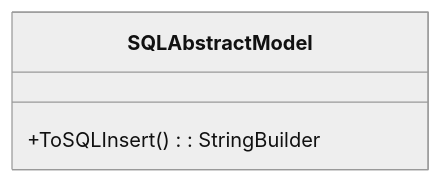
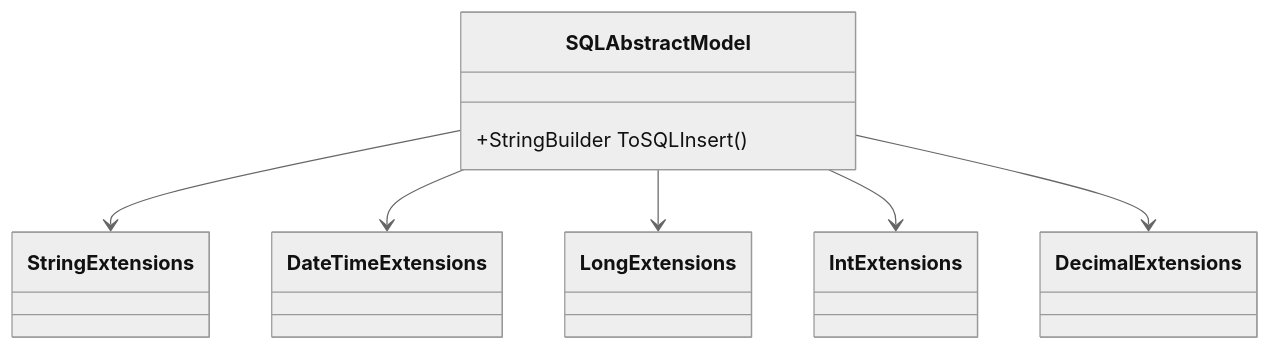
One commit to IsthmusSistemas/documentacao-tecnica changed the second of 2 diagrams in docs/b2b-dominio/IsthmusWinthor.Nucleo/IsthmusWinthor.Dominio/Model/CampanhasWinthor/SQLAbstractModel.md. Above: the diagram before and after it, drawn with Mermaid (neutral theme). The commit also changed other lines of this file and 882 other files, not shown here.

````diff
--- a/docs/b2b-dominio/IsthmusWinthor.Nucleo/IsthmusWinthor.Dominio/Model/CampanhasWinthor/SQLAbstractModel.md
+++ b/docs/b2b-dominio/IsthmusWinthor.Nucleo/IsthmusWinthor.Dominio/Model/CampanhasWinthor/SQLAbstractModel.md
@@ -48,6 +61,17 @@
 ```mermaid
 classDiagram
     class SQLAbstractModel {
-        +ToSQLInsert() : StringBuilder
+        +StringBuilder ToSQLInsert()
     }
+    class StringExtensions
+    class DateTimeExtensions
+    class LongExtensions
+    class IntExtensions
+    class DecimalExtensions
+
+    SQLAbstractModel --> StringExtensions
+    SQLAbstractModel --> DateTimeExtensions
+    SQLAbstractModel --> LongExtensions
+    SQLAbstractModel --> IntExtensions
+    SQLAbstractModel --> DecimalExtensions
 ```
````
